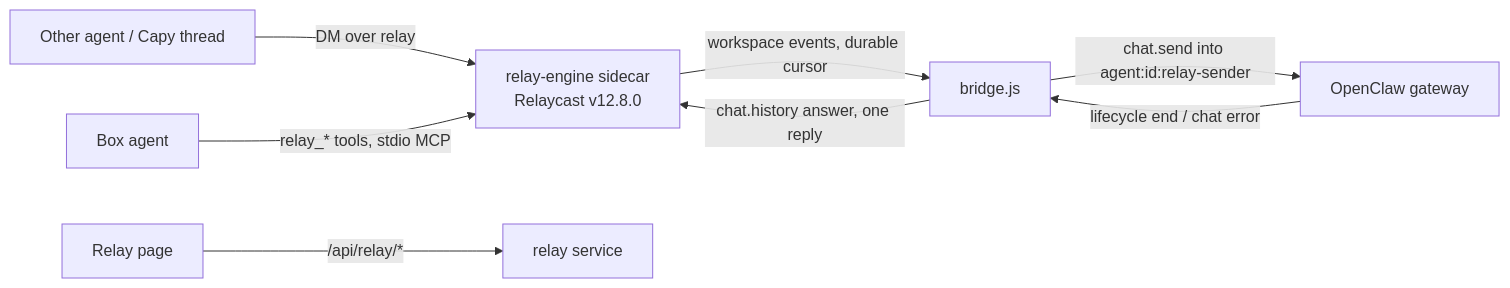
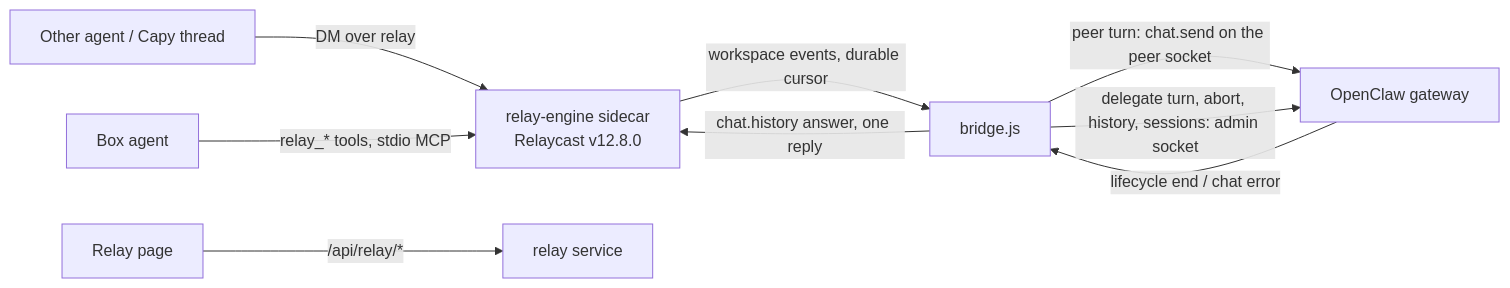
One commit to garrytan/alphaclaw changed the diagram in docs/designs/agent-relay.md. Above: the diagram before and after it, drawn with Mermaid. The commit also changed other lines of this file and 13 other files, not shown here.

````diff
--- a/docs/designs/agent-relay.md
+++ b/docs/designs/agent-relay.md
@@ -7,10 +7,11 @@
 ```mermaid
 flowchart LR
   peer[Other agent / Capy thread] -- DM over relay --> engine[relay-engine sidecar<br/>Relaycast v12.8.0]
   engine -- workspace events, durable cursor --> bridge[bridge.js]
-  bridge -- chat.send into agent:id:relay-sender --> gw[OpenClaw gateway]
+  bridge -- peer turn: chat.send on the peer socket --> gw[OpenClaw gateway]
+  bridge -- delegate turn, abort, history, sessions: admin socket --> gw
   gw -- lifecycle end / chat error --> bridge
   bridge -- chat.history answer, one reply --> engine
   agent[Box agent] -- relay_* tools, stdio MCP --> engine
   page[Relay page] -- /api/relay/* --> svc[relay service]
 ```
````
